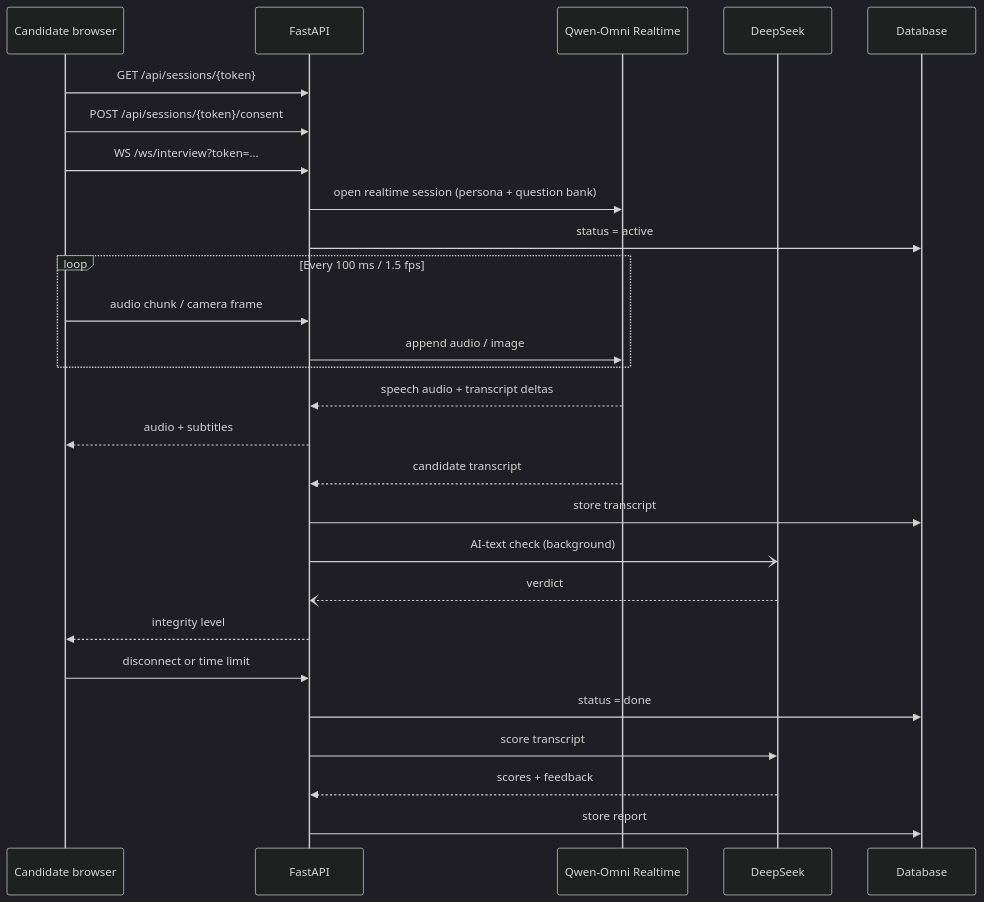
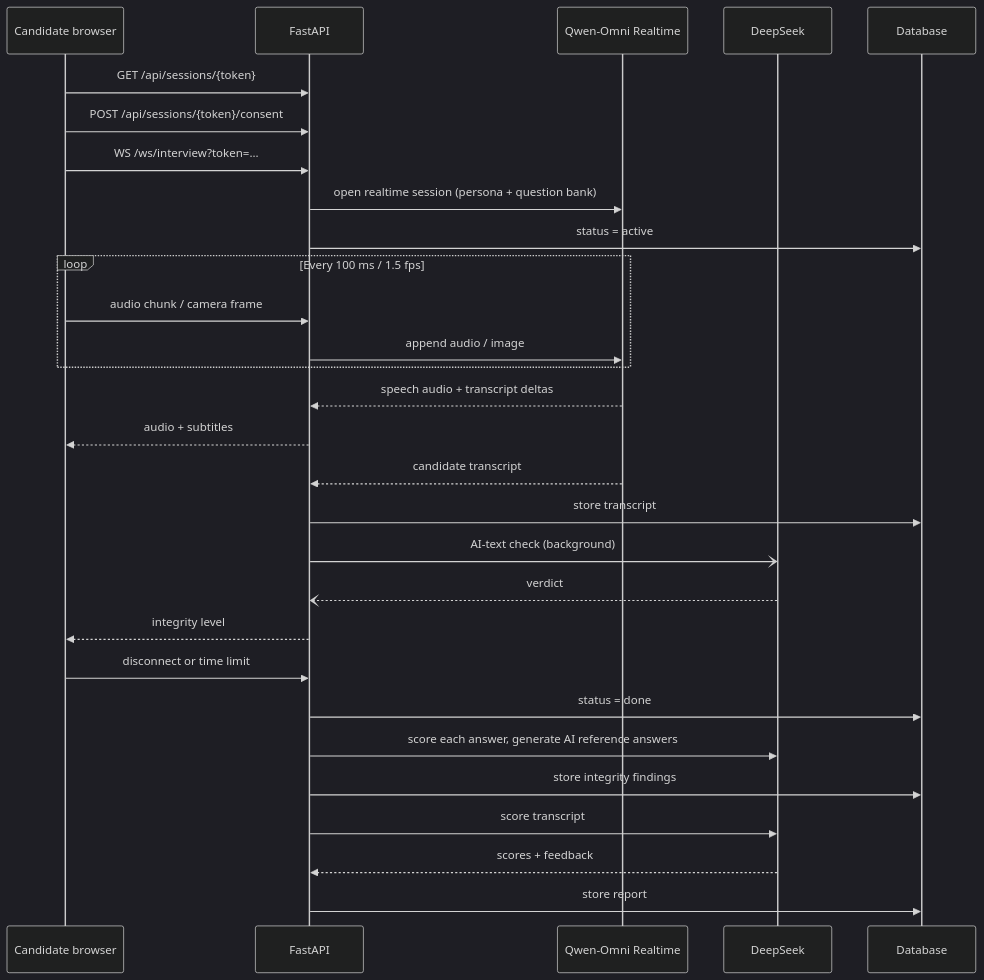
One commit to SuperGokou/AI_interview changed the second of 6 diagrams in README.md. Above: the diagram before and after it, drawn with Mermaid (dark theme). The commit also changed other lines of this file and 25 other files, not shown here.

````diff
--- a/README.md
+++ b/README.md
@@ -197,30 +206,32 @@
 ```mermaid
 sequenceDiagram
     participant C as Candidate browser
     participant A as FastAPI
     participant Q as Qwen-Omni Realtime
     participant D as DeepSeek
     participant DB as Database
 
     C->>A: GET /api/sessions/{token}
     C->>A: POST /api/sessions/{token}/consent
     C->>A: WS /ws/interview?token=...
     A->>Q: open realtime session (persona + question bank)
     A->>DB: status = active
     loop Every 100 ms / 1.5 fps
         C->>A: audio chunk / camera frame
         A->>Q: append audio / image
     end
     Q-->>A: speech audio + transcript deltas
     A-->>C: audio + subtitles
     Q-->>A: candidate transcript
     A->>DB: store transcript
     A-)D: AI-text check (background)
     D--)A: verdict
     A-->>C: integrity level
     C->>A: disconnect or time limit
     A->>DB: status = done
+    A->>D: score each answer, generate AI reference answers
+    A->>DB: store integrity findings
     A->>D: score transcript
     D-->>A: scores + feedback
     A->>DB: store report
 ```
````
